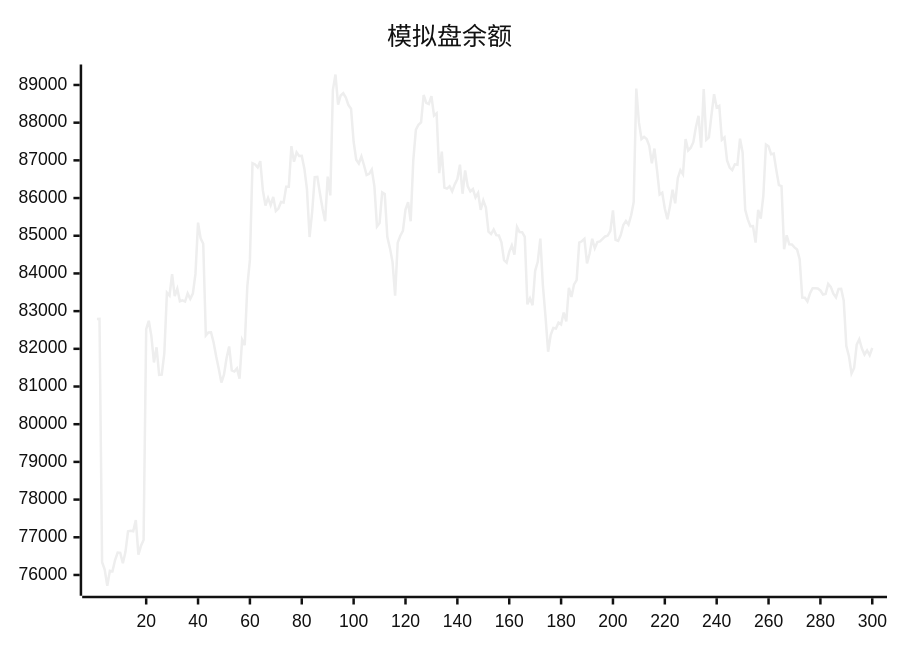
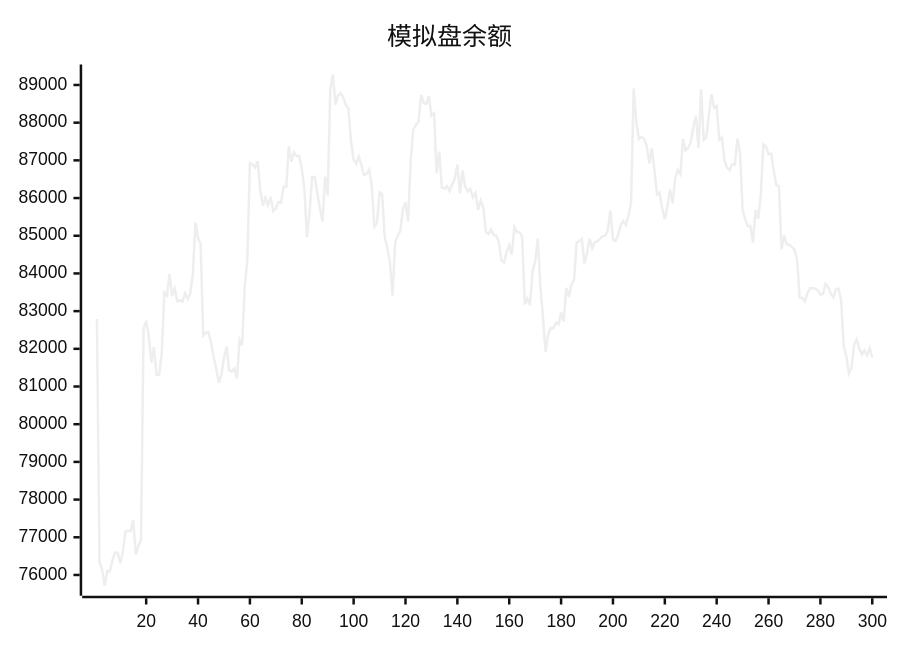
One commit to aahl/ai-trading changed the diagram in README.md. Above: the diagram before and after it, drawn with Mermaid (neutral theme). The commit also changed other lines of this file and 1 other file, not shown here.

````diff
--- a/README.md
+++ b/README.md
@@ -5,5 +5,5 @@
 ```mermaid
 xychart
     title "模拟盘余额"
-    line [82793,82794,76339,76145,75714,76110,76096,76397,76594,76585,76310,76607,77160,77170,77160,77456,76541,76774,76927,82520,82744,82337,81639,82040,81307,81314,81887,83490,83414,83984,83396,83594,83261,83287,83253,83470,83327,83465,83987,85348,84930,84786,82355,82433,82438,82167,81795,81466,81105,81315,81756,82064,81426,81398,81481,81210,82242,82099,83658,84359,86925,86892,86814,86980,86203,85802,86003,85811,86028,85657,85721,85896,85880,86300,86299,87378,86965,87214,87115,87118,86780,86238,84966,85623,86555,86562,86129,85722,85387,86569,86070,88870,89278,88477,88720,88781,88668,88467,88372,87493,87018,86917,87102,86870,86613,86644,86758,86317,85242,85334,86149,86106,84968,84671,84302,83410,84816,85001,85127,85693,85891,85384,87001,87811,87945,88007,88734,88528,88495,88705,88189,88248,86662,87234,86279,86251,86314,86177,86364,86503,86886,86114,86731,86310,86176,86240,86017,86136,85685,85938,85749,85111,85044,85164,85016,85008,84824,84354,84287,84572,84745,84500,85234,85096,85095,84970,83180,83338,83157,84070,84309,84922,83667,82850,81924,82369,82552,82539,82695,82648,82962,82728,83619,83378,83710,83825,84819,84854,84917,84265,84527,84919,84668,84834,84850,84916,84981,85004,85131,85674,84891,84864,85019,85284,85393,85294,85538,85894,88904,88012,87567,87625,87568,87386,86920,87313,86737,86094,86143,85725,85437,85787,86219,85859,86526,86740,86630,87563,87264,87335,87483,87886,88180,87335,88894,87544,87608,88207,88755,88401,88444,87543,87608,87000,86810,86740,86894,86884,87576,87209,85686,85435,85251,85255,84820,85689,85453,86066,87420,87373,87161,87178,86740,86341,86315,84643,85012,84772,84768,84690,84635,84376,83360,83357,83259,83474,83608,83606,83602,83548,83440,83454,83724,83644,83464,83365,83590,83592,83275,82072,81806,81344,81492,82109,82254,82006,81848,81955,81829,82022]
+    line [82794,76339,76145,75714,76110,76096,76397,76594,76585,76310,76607,77160,77170,77160,77456,76541,76774,76927,82520,82744,82337,81639,82040,81307,81314,81887,83490,83414,83984,83396,83594,83261,83287,83253,83470,83327,83465,83987,85348,84930,84786,82355,82433,82438,82167,81795,81466,81105,81315,81756,82064,81426,81398,81481,81210,82242,82099,83658,84359,86925,86892,86814,86980,86203,85802,86003,85811,86028,85657,85721,85896,85880,86300,86299,87378,86965,87214,87115,87118,86780,86238,84966,85623,86555,86562,86129,85722,85387,86569,86070,88870,89278,88477,88720,88781,88668,88467,88372,87493,87018,86917,87102,86870,86613,86644,86758,86317,85242,85334,86149,86106,84968,84671,84302,83410,84816,85001,85127,85693,85891,85384,87001,87811,87945,88007,88734,88528,88495,88705,88189,88248,86662,87234,86279,86251,86314,86177,86364,86503,86886,86114,86731,86310,86176,86240,86017,86136,85685,85938,85749,85111,85044,85164,85016,85008,84824,84354,84287,84572,84745,84500,85234,85096,85095,84970,83180,83338,83157,84070,84309,84922,83667,82850,81924,82369,82552,82539,82695,82648,82962,82728,83619,83378,83710,83825,84819,84854,84917,84265,84527,84919,84668,84834,84850,84916,84981,85004,85131,85674,84891,84864,85019,85284,85393,85294,85538,85894,88904,88012,87567,87625,87568,87386,86920,87313,86737,86094,86143,85725,85437,85787,86219,85859,86526,86740,86630,87563,87264,87335,87483,87886,88180,87335,88894,87544,87608,88207,88755,88401,88444,87543,87608,87000,86810,86740,86894,86884,87576,87209,85686,85435,85251,85255,84820,85689,85453,86066,87420,87373,87161,87178,86740,86341,86315,84643,85012,84772,84768,84690,84635,84376,83360,83357,83259,83474,83608,83606,83602,83548,83440,83454,83724,83644,83464,83365,83590,83592,83275,82072,81806,81344,81492,82109,82254,82006,81848,81955,81829,82022,81769]
 ```
````
